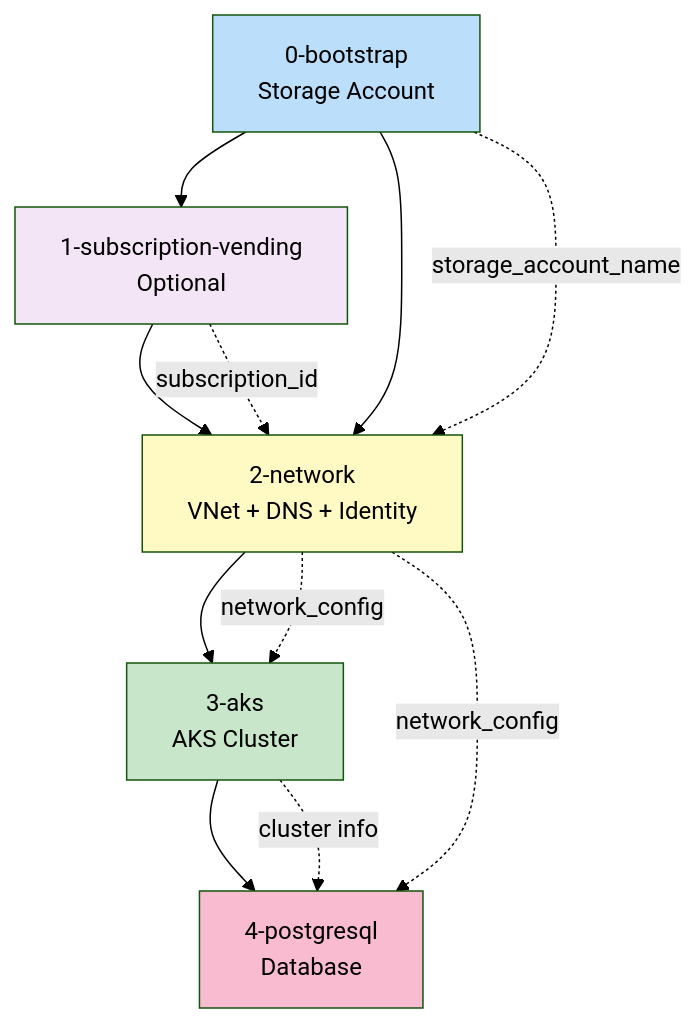
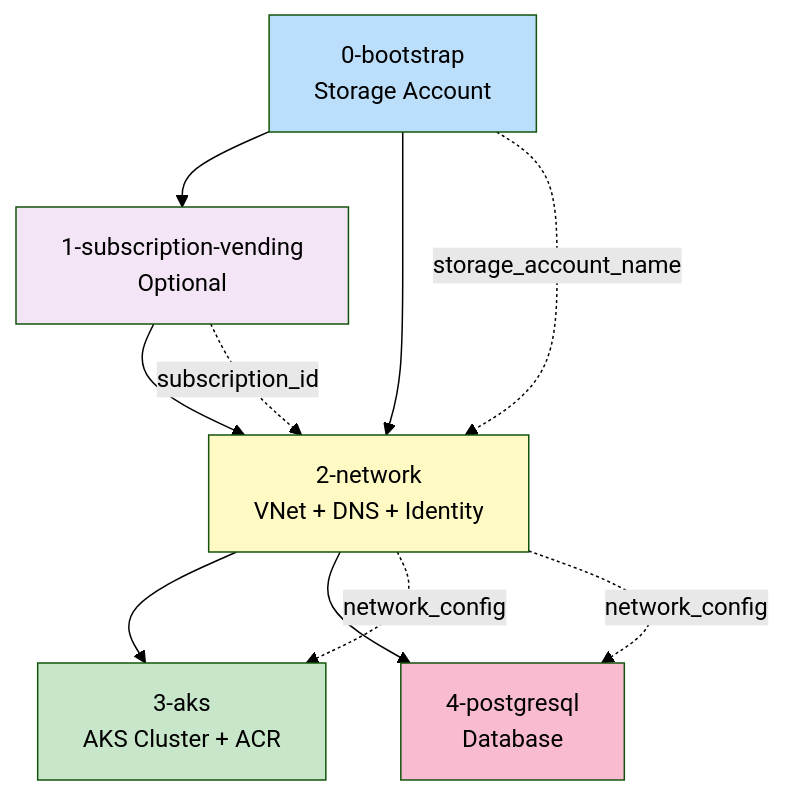
Before and after one commit to shuchitatan/akstf-avm: the fourth of 5 diagrams in DEPLOYMENT-FLOW.md, drawn with Mermaid (forest theme). The commit also changed other lines of this file, not shown here.

Commit message:
update deployment flow documentation to enhance clarity on AKS and PostgreSQL phases, including resource naming and authentication details

````diff
--- a/DEPLOYMENT-FLOW.md
+++ b/DEPLOYMENT-FLOW.md
@@ -345,21 +384,21 @@
 ```mermaid
 graph TD
     B[0-bootstrap<br/>Storage Account] --> SV
     SV[1-subscription-vending<br/>Optional] --> N
     B --> N
     N[2-network<br/>VNet + DNS + Identity] --> A
-    A[3-aks<br/>AKS Cluster] --> P
+    N --> P
+    A[3-aks<br/>AKS Cluster + ACR]
     P[4-postgresql<br/>Database]
     
     B -.->|storage_account_name| N
     SV -.->|subscription_id| N
     N -.->|network_config| A
     N -.->|network_config| P
-    A -.->|cluster info| P
     
     style B fill:#bbdefb
     style SV fill:#f3e5f5
     style N fill:#fff9c4
     style A fill:#c8e6c9
     style P fill:#f8bbd0
 ```
````
